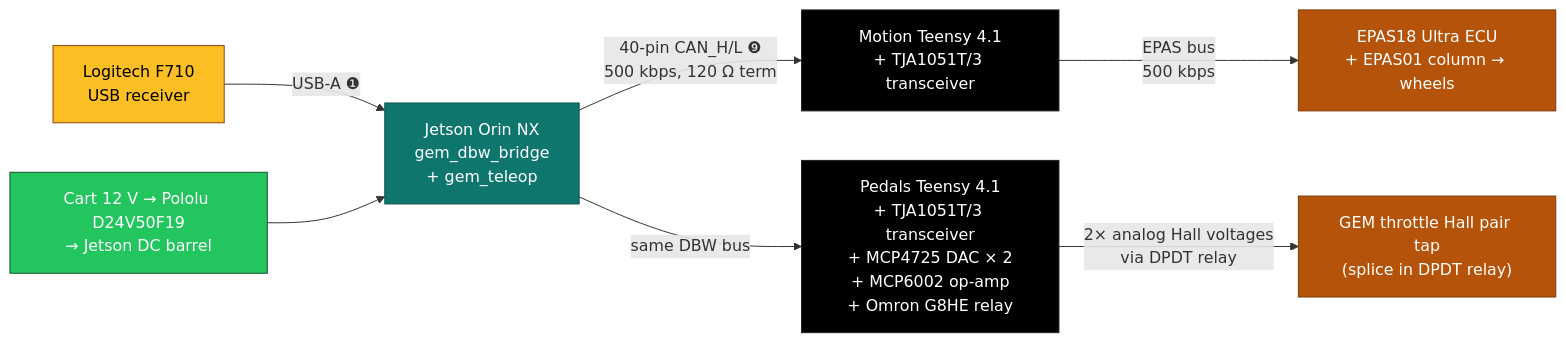
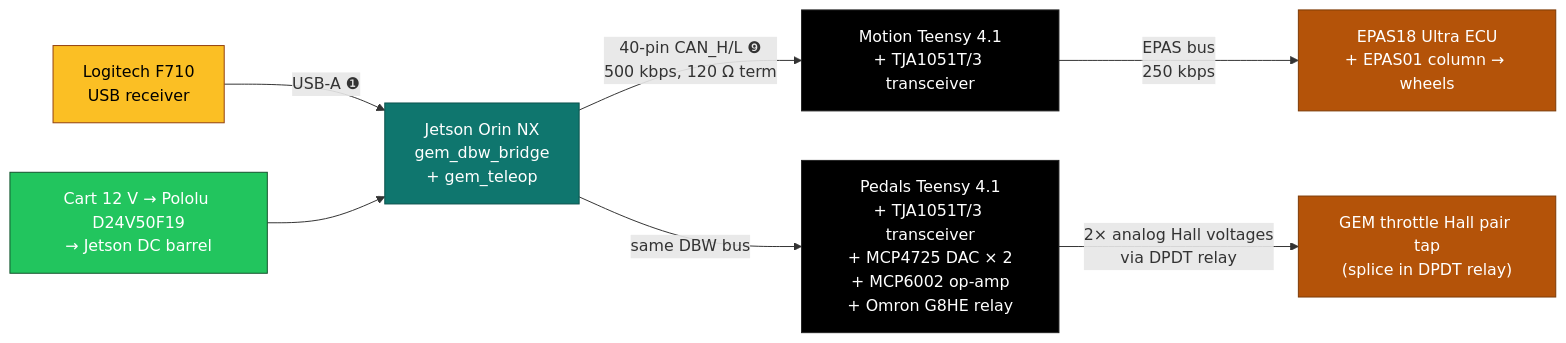
Before and after one commit to AnikS22/golf-cart-code: the sixth of 6 diagrams in Hardware/WIRING_DIAGRAM.md, drawn with Mermaid. The commit also changed other lines of this file and 9 other files, not shown here.

````diff
--- a/Hardware/WIRING_DIAGRAM.md
+++ b/Hardware/WIRING_DIAGRAM.md
@@ -287,23 +287,23 @@
 ```mermaid
 flowchart LR
   Game[Logitech F710<br/>USB receiver]:::hmi
   Jet[Jetson Orin NX<br/>gem_dbw_bridge<br/>+ gem_teleop]:::cpu
   MotT[Motion Teensy 4.1<br/>+ TJA1051T/3 transceiver]:::mcu
   PedT[Pedals Teensy 4.1<br/>+ TJA1051T/3 transceiver<br/>+ MCP4725 DAC × 2<br/>+ MCP6002 op-amp<br/>+ Omron G8HE relay]:::mcu
   EPAS[EPAS18 Ultra ECU<br/>+ EPAS01 column → wheels]:::actuator
   HallTap["GEM throttle Hall pair tap<br/>(splice in DPDT relay)"]:::actuator
   Pwr[Cart 12 V → Pololu D24V50F19<br/>→ Jetson DC barrel]:::pwr
 
   Game -->|USB-A ❶| Jet
   Jet -->|"40-pin CAN_H/L ❾<br/>500 kbps, 120 Ω term"| MotT
   Jet -->|same DBW bus| PedT
-  MotT -->|EPAS bus<br/>500 kbps| EPAS
+  MotT -->|EPAS bus<br/>250 kbps| EPAS
   PedT -->|2× analog Hall voltages<br/>via DPDT relay| HallTap
   Pwr  --> Jet
 
   classDef hmi fill:#fbbf24,stroke:#92400e,color:#000
   classDef cpu fill:#0f766e,stroke:#0b524d,color:#fff
   classDef mcu fill:#000,stroke:#222,color:#fff
   classDef actuator fill:#b45309,stroke:#7c3a06,color:#fff
   classDef pwr fill:#22c55e,stroke:#14532d,color:#fff
 ```
````
